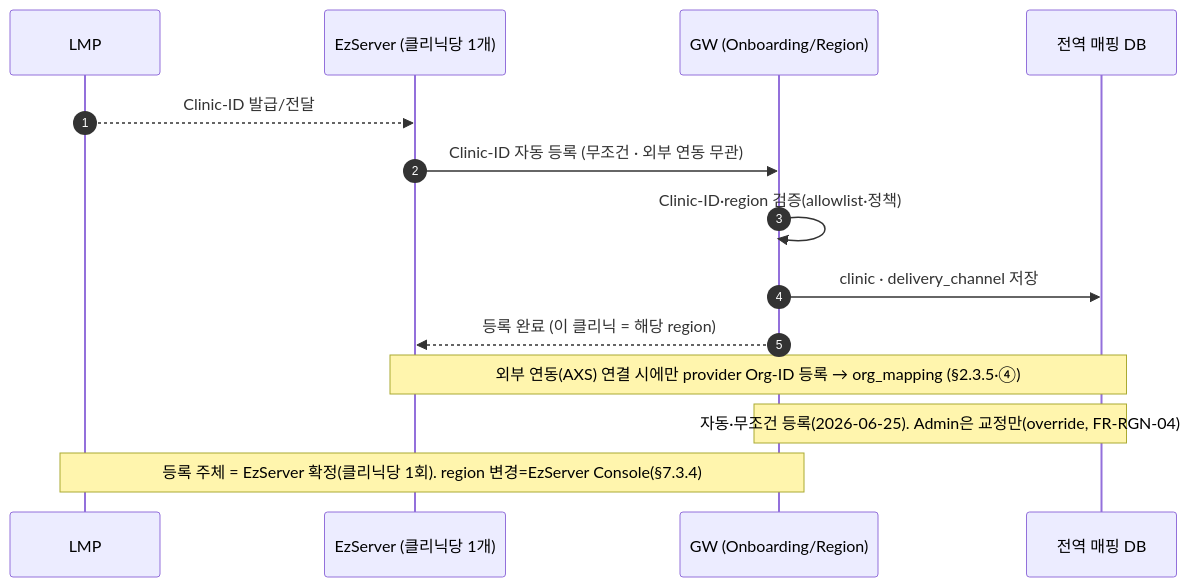
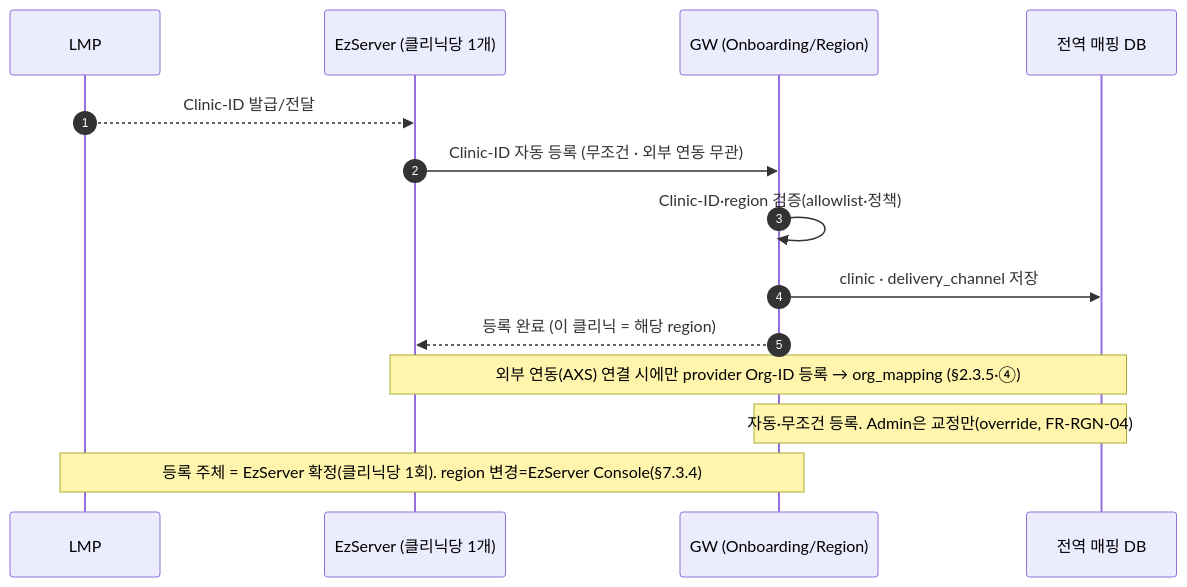
One commit to gracegyu/scp-architecture changed the seventh of 17 diagrams in docs/VT_API_Gateway/08.VT_API_Gateway/specs/03-srs-gateway/SRS.md. Above: the diagram before and after it, drawn with Mermaid. The commit also changed other lines of this file, not shown here.

````diff
--- a/docs/VT_API_Gateway/08.VT_API_Gateway/specs/03-srs-gateway/SRS.md
+++ b/docs/VT_API_Gateway/08.VT_API_Gateway/specs/03-srs-gateway/SRS.md
@@ -472,16 +472,16 @@
 ```mermaid
 sequenceDiagram
     autonumber
     participant LMP as LMP
     participant EZ as EzServer (클리닉당 1개)
     participant GW as GW (Onboarding/Region)
     participant DB as 전역 매핑 DB
     LMP-->>EZ: Clinic-ID 발급/전달
     EZ->>GW: Clinic-ID 자동 등록 (무조건 · 외부 연동 무관)
     GW->>GW: Clinic-ID·region 검증(allowlist·정책)
     GW->>DB: clinic · delivery_channel 저장
     GW-->>EZ: 등록 완료 (이 클리닉 = 해당 region)
     Note over EZ,DB: 외부 연동(AXS) 연결 시에만 provider Org-ID 등록 → org_mapping (§2.3.5·④)
-    Note over GW,DB: 자동·무조건 등록(2026-06-25). Admin은 교정만(override, FR-RGN-04)
+    Note over GW,DB: 자동·무조건 등록. Admin은 교정만(override, FR-RGN-04)
     Note over LMP,GW: 등록 주체 = EzServer 확정(클리닉당 1회). region 변경=EzServer Console(§7.3.4)
 ```
````
